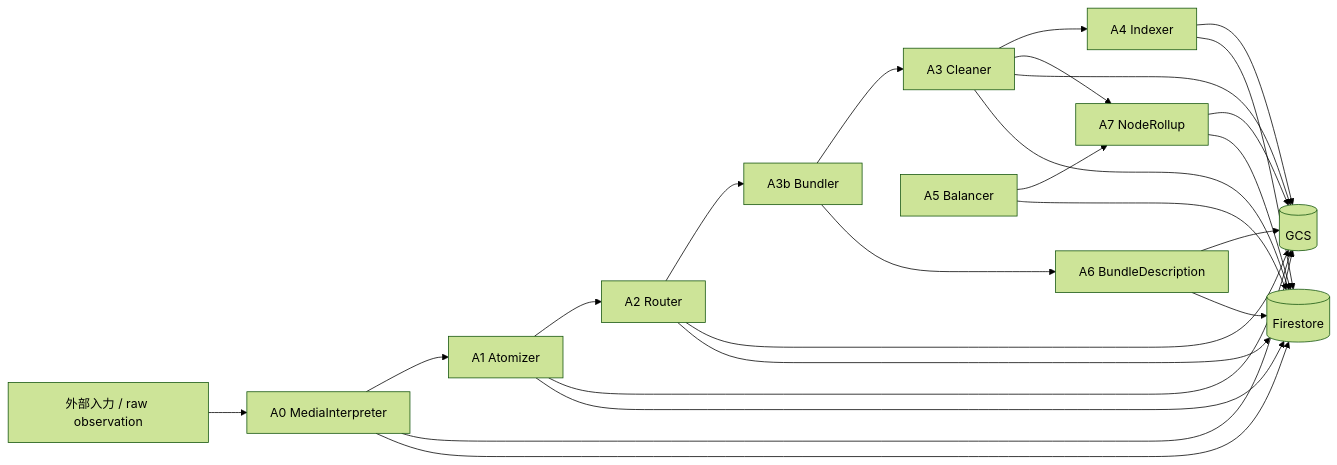
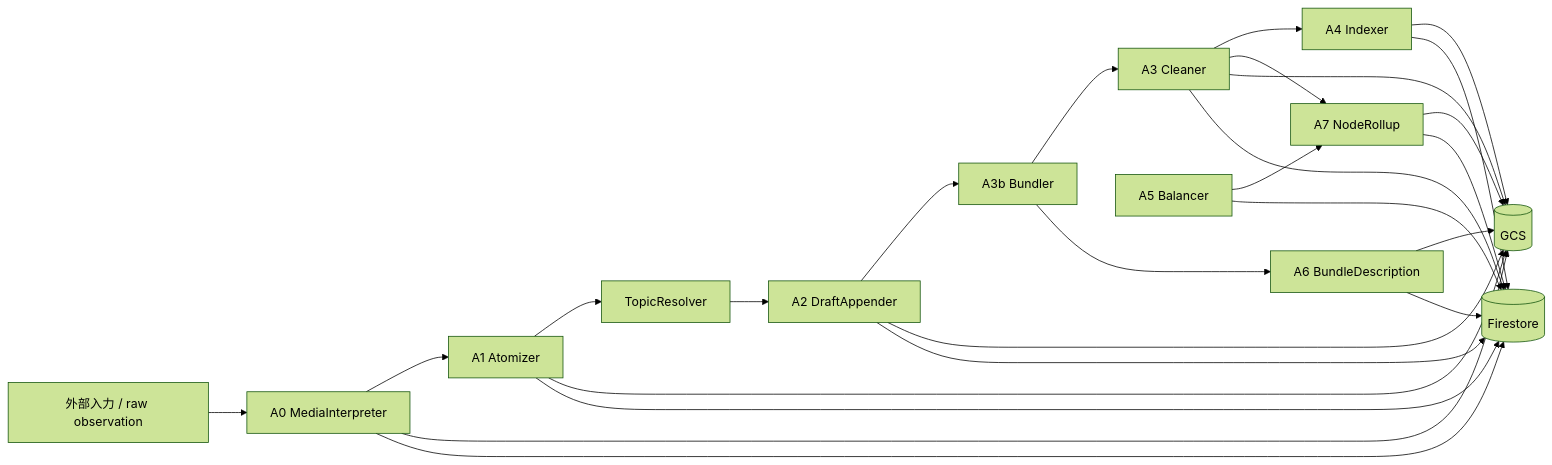
The first of 7 diagrams in organize/readable/organize-guide.md (Keyhole-Koro/clarify-spec), drawn with Mermaid (forest theme) before and after one commit. The commit also changed other lines of this file and 15 other files, not shown here.

````diff
--- a/organize/readable/organize-guide.md
+++ b/organize/readable/organize-guide.md
@@ -34,29 +47,30 @@
 ```mermaid
 flowchart LR
   IN[外部入力 / raw observation] --> A0[A0 MediaInterpreter]
   A0 --> A1[A1 Atomizer]
-  A1 --> A2[A2 Router]
+  A1 --> TR[TopicResolver]
+  TR --> A2[A2 DraftAppender]
   A2 --> A3B[A3b Bundler]
   A3B --> A3[A3 Cleaner]
   A3B --> A6[A6 BundleDescription]
   A3 --> A4[A4 Indexer]
   A3 --> A7[A7 NodeRollup]
   A5[A5 Balancer] --> A7
 
   A0 --> GCS[(GCS)]
   A1 --> GCS
   A2 --> GCS
   A3 --> GCS
   A4 --> GCS
   A6 --> GCS
   A7 --> GCS
 
   A0 --> FS[(Firestore)]
   A1 --> FS
   A2 --> FS
   A3 --> FS
   A4 --> FS
   A5 --> FS
   A6 --> FS
   A7 --> FS
 ```
````
